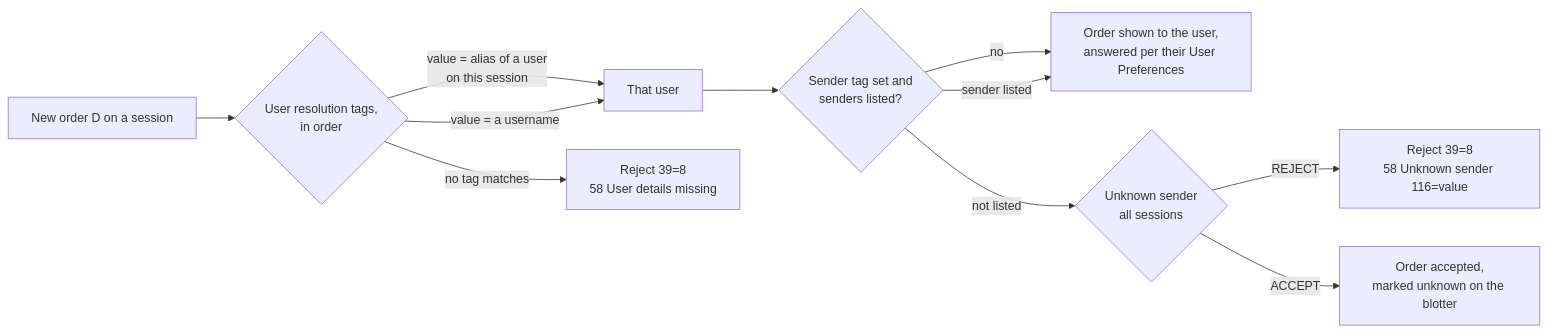
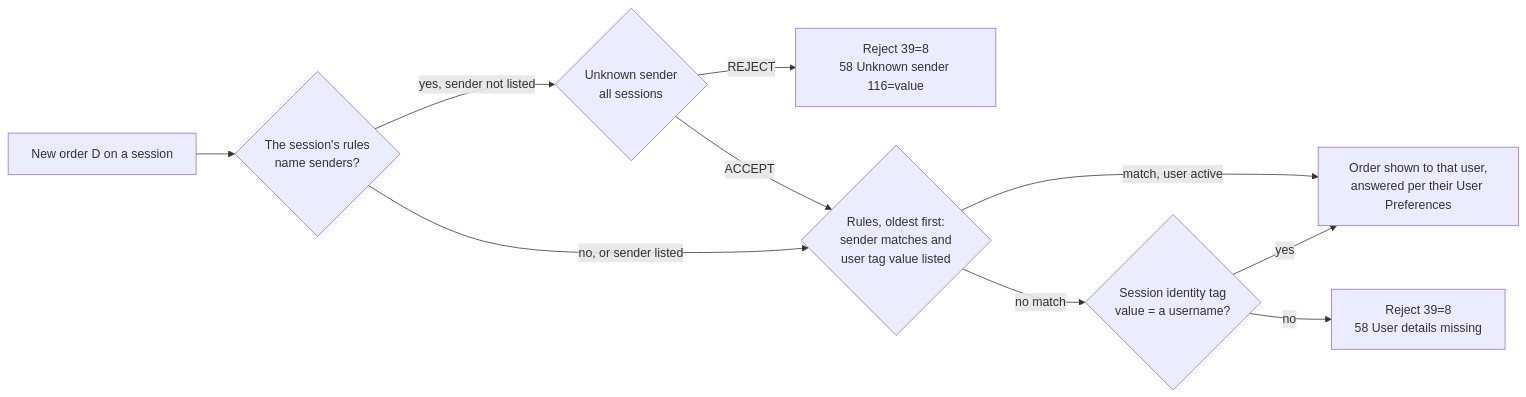
The diagram in docs/features/broker-settings.md (hasansosuv/sofix), drawn with Mermaid before and after one commit. The commit also changed other lines of this file, not shown here.

Commit message:
docs: Broker Settings as rules mapping orders to users

````diff
--- a/docs/features/broker-settings.md
+++ b/docs/features/broker-settings.md
@@ -28,13 +35,12 @@
 ```mermaid
 flowchart LR
-  A[New order D on a session] --> B{User resolution tags,<br/>in order}
-  B -->|value = alias of a user<br/>on this session| U[That user]
-  B -->|value = a username| U
-  B -->|no tag matches| R1[Reject 39=8<br/>58 User details missing]
-  U --> C{Sender tag set and<br/>senders listed?}
-  C -->|no| OK[Order shown to the user,<br/>answered per their User Preferences]
-  C -->|sender listed| OK
-  C -->|not listed| G{Unknown sender<br/>all sessions}
+  A[New order D on a session] --> S{The session's rules<br/>name senders?}
+  S -->|yes, sender not listed| G{Unknown sender<br/>all sessions}
   G -->|REJECT| R2[Reject 39=8<br/>58 Unknown sender 116=value]
-  G -->|ACCEPT| M[Order accepted,<br/>marked unknown on the blotter]
+  G -->|ACCEPT| U
+  S -->|no, or sender listed| U{Rules, oldest first:<br/>sender matches and<br/>user tag value listed}
+  U -->|match, user active| OK[Order shown to that user,<br/>answered per their User Preferences]
+  U -->|no match| F{Session identity tag<br/>value = a username?}
+  F -->|yes| OK
+  F -->|no| R1[Reject 39=8<br/>58 User details missing]
 ```
````
